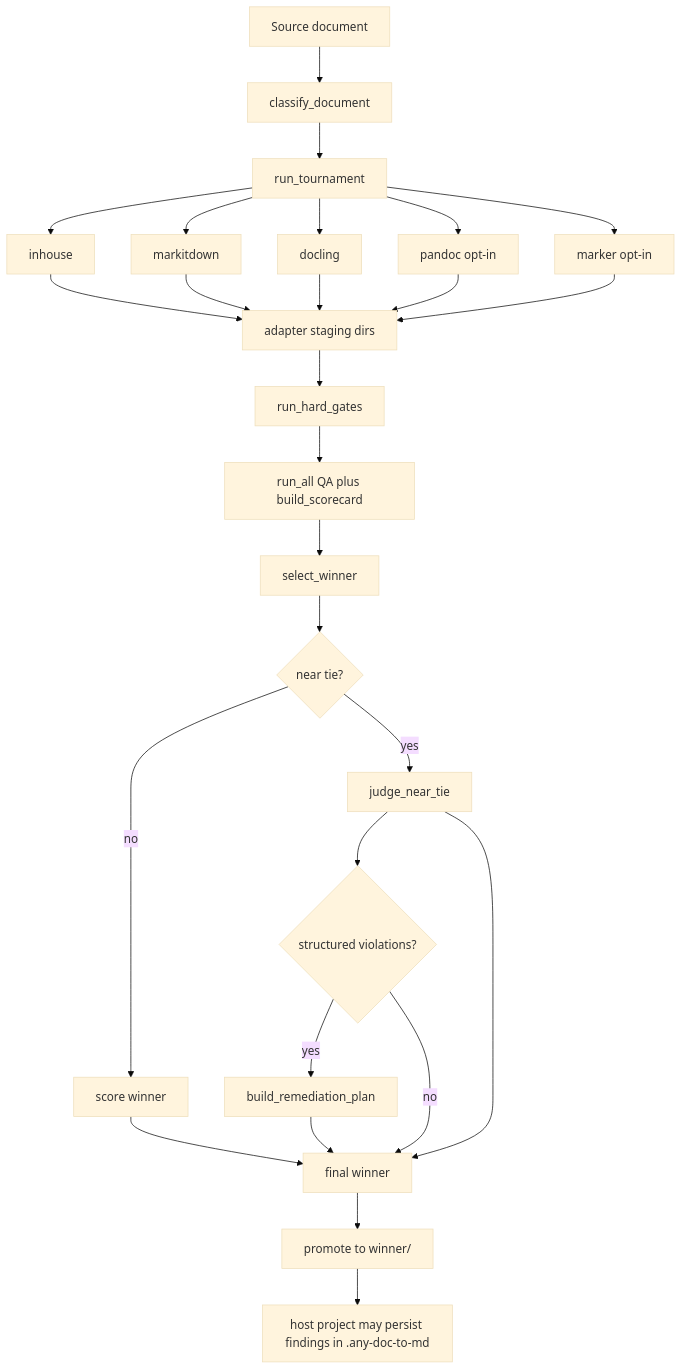
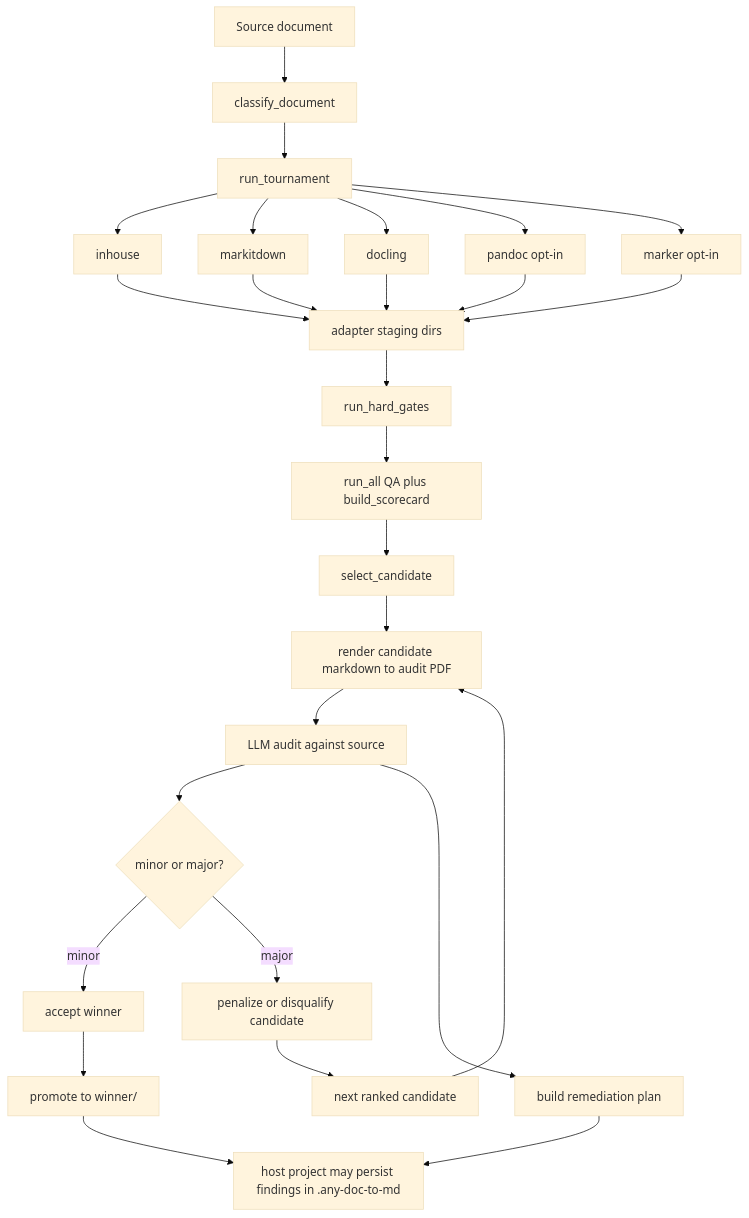
The diagram in README.md (Agent-Cognitive-Enterprise/any-doc-to-md), drawn with Mermaid (base theme) before and after one commit. The commit also changed other lines of this file, not shown here.

````diff
--- a/README.md
+++ b/README.md
@@ -31,29 +47,29 @@
 ```mermaid
 flowchart TD
     A[Source document] --> B[classify_document]
     B --> C[run_tournament]
     C --> C1[inhouse]
     C --> C2[markitdown]
     C --> C3[docling]
     C --> C4[pandoc opt-in]
     C --> C5[marker opt-in]
     C1 --> D[adapter staging dirs]
     C2 --> D
     C3 --> D
     C4 --> D
     C5 --> D
     D --> E[run_hard_gates]
     E --> F[run_all QA plus build_scorecard]
-    F --> G[select_winner]
-    G --> H{near tie?}
-    H -- no --> I[score winner]
-    H -- yes --> J[judge_near_tie]
-    J --> K{structured violations?}
-    K -- yes --> L[build_remediation_plan]
-    K -- no --> M[final winner]
-    I --> M
-    J --> M
-    L --> M
-    M --> N[promote to winner/]
+    F --> G[select_candidate]
+    G --> H[render candidate markdown to audit PDF]
+    H --> I[LLM audit against source]
+    I --> J{minor or major?}
+    J -- minor --> K[accept winner]
+    J -- major --> L[penalize or disqualify candidate]
+    L --> M[next ranked candidate]
+    M --> H
+    K --> N[promote to winner/]
     N --> O[host project may persist findings in .any-doc-to-md]
+    I --> P[build remediation plan]
+    P --> O
 ```
````
